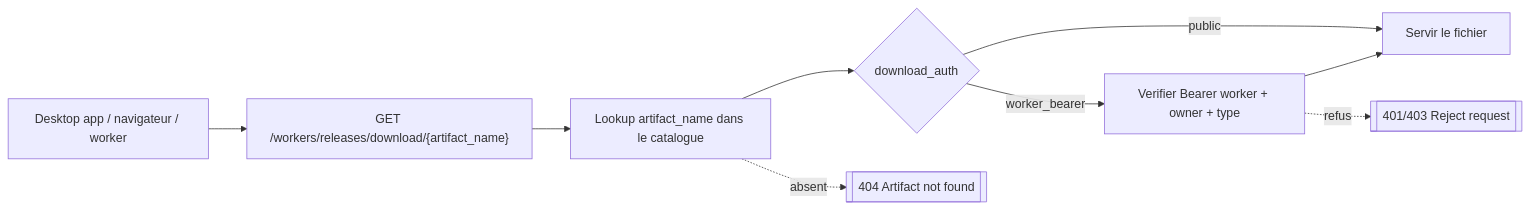
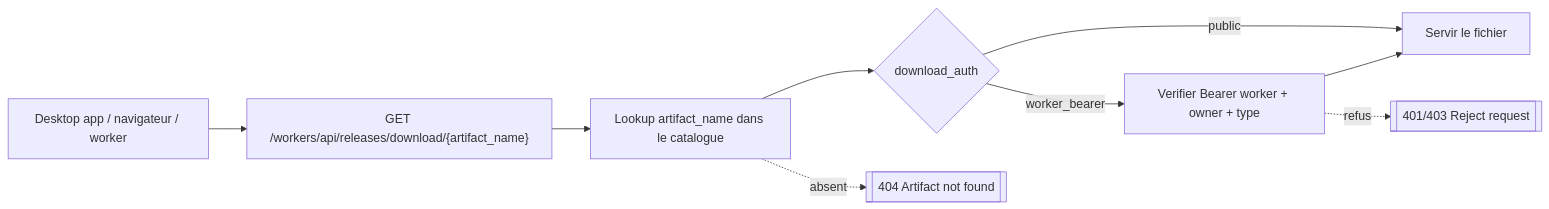
One commit to Manifeed/docs changed the eighth of 8 diagrams in backend/routes/workers.md. Above: the diagram before and after it, drawn with Mermaid. The commit also changed other lines of this file and 12 other files, not shown here.

````diff
--- a/backend/routes/workers.md
+++ b/backend/routes/workers.md
@@ -233,11 +233,11 @@
 ```mermaid
 flowchart LR
-    actor["Desktop app / navigateur / worker"] --> route["GET /workers/releases/download/{artifact_name}"]
+    actor["Desktop app / navigateur / worker"] --> route["GET /workers/api/releases/download/{artifact_name}"]
     route --> catalog["Lookup artifact_name dans le catalogue"]
     catalog --> auth{"download_auth"}
     auth -->|public| file["Servir le fichier"]
     auth -->|worker_bearer| bearer["Verifier Bearer worker + owner + type"]
     bearer --> file
     catalog -. absent .-> e404[["404 Artifact not found"]]
     bearer -. refus .-> e401[["401/403 Reject request"]]
 ```
````
